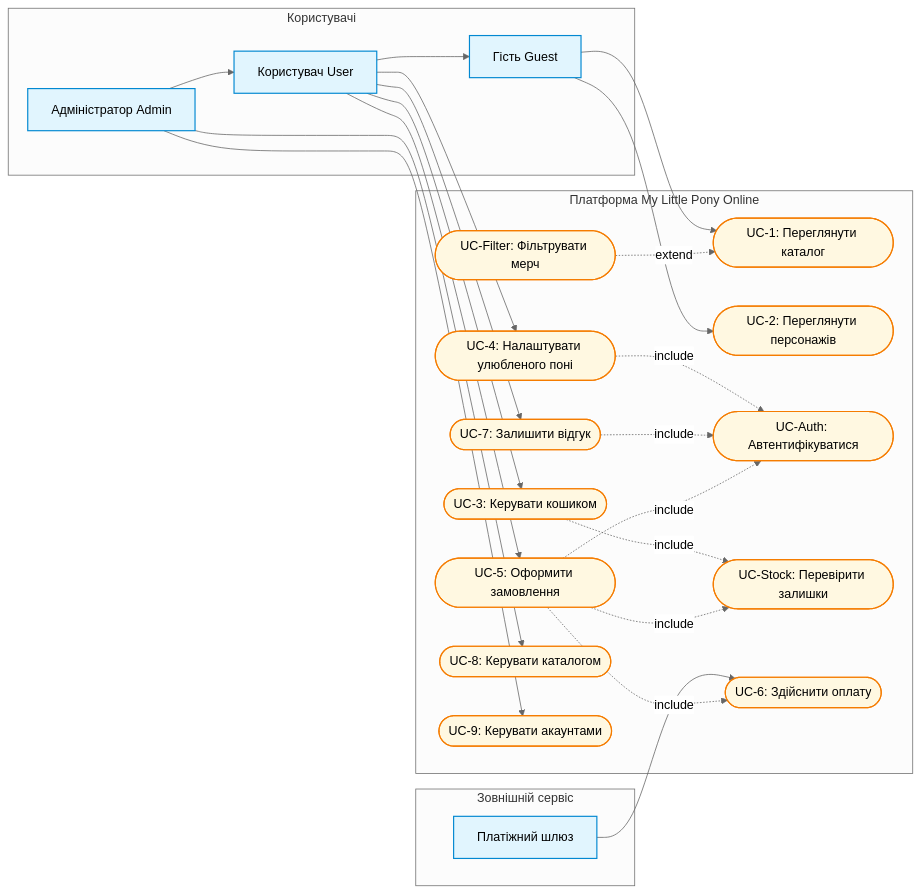
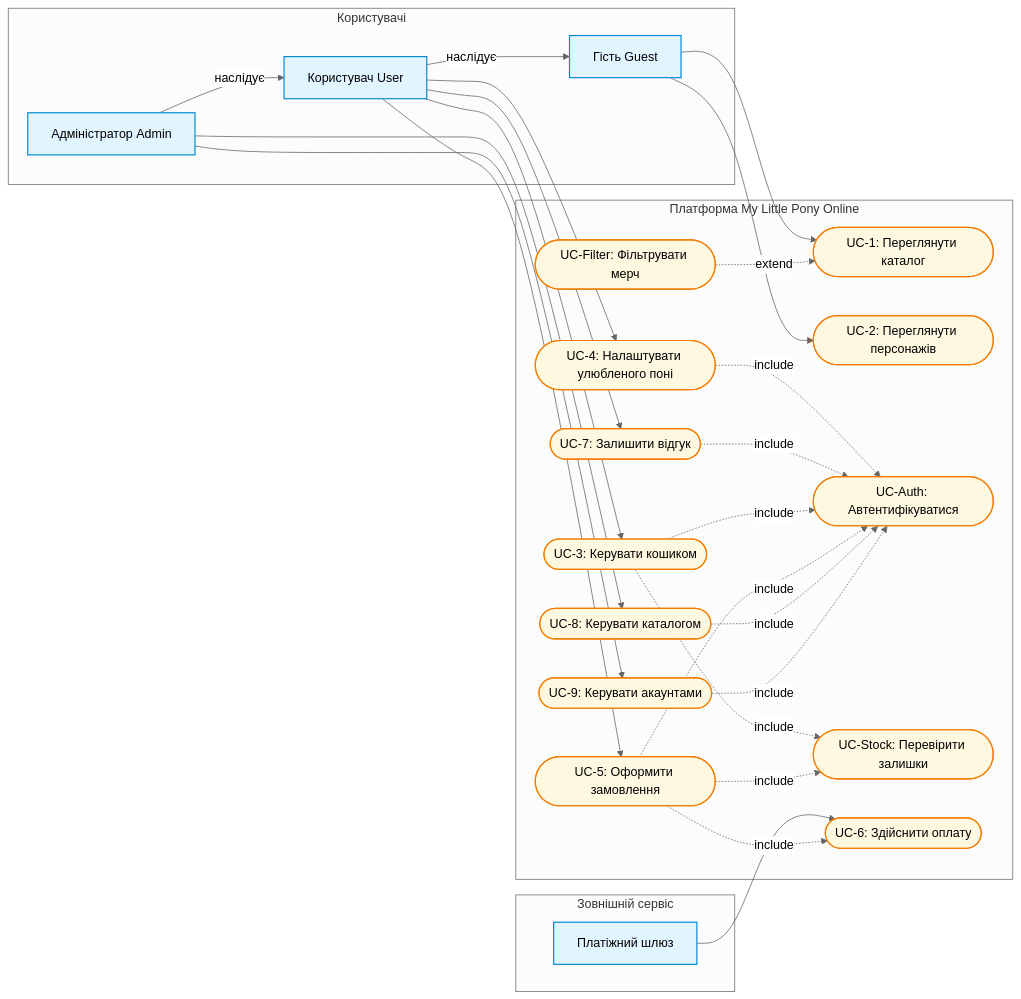
The diagram in lab2/README.md (XxMariavxX/Mavpz-labs), drawn with Mermaid (neutral theme) before and after one commit. The commit also changed 4 other files, not shown here.

````diff
--- a/lab2/README.md
+++ b/lab2/README.md
@@ -23,59 +23,55 @@
 ```mermaid
 flowchart LR
-    classDef actor fill:#e1f5fe,stroke:#0288d1,stroke-width:1.5px;
-    classDef usecase fill:#fff8e1,stroke:#f57c00,stroke-width:1.5px;
+	classDef actor fill:#e1f5fe,stroke:#0288d1,stroke-width:1.5px;
+	classDef usecase fill:#fff8e1,stroke:#f57c00,stroke-width:1.5px;
 
-    subgraph UsersGroup [Користувачі]
-        Guest[Гість Guest]:::actor
-        User[Користувач User]:::actor
-        Admin[Адміністратор Admin]:::actor
-    end
+	subgraph UsersGroup [Користувачі]
+		Guest[Гість Guest]:::actor
+		User[Користувач User]:::actor
+		Admin[Адміністратор Admin]:::actor
+	end
 
-    Admin --> User
-    User --> Guest
+	Admin -->|наслідує| User
+	User -->|наслідує| Guest
 
-    subgraph Platform [Платформа My Little Pony Online]
-        UC1([UC-1: Переглянути каталог]):::usecase
-        UC2([UC-2: Переглянути персонажів]):::usecase
-        UC_Filter([UC-Filter: Фільтрувати мерч]):::usecase
+	subgraph Platform [Платформа My Little Pony Online]
+		UC1([UC-1: Переглянути каталог]):::usecase
+		UC2([UC-2: Переглянути персонажів]):::usecase
+		UC_Filter([UC-Filter: Фільтрувати мерч]):::usecase
+		UC4([UC-4: Налаштувати улюбленого поні]):::usecase
+		UC7([UC-7: Залишити відгук]):::usecase
+		UC3([UC-3: Керувати кошиком]):::usecase
+		UC5([UC-5: Оформити замовлення]):::usecase
+		UC8([UC-8: Керувати каталогом]):::usecase
+		UC9([UC-9: Керувати акаунтами]):::usecase
+		UC_Auth([UC-Auth: Автентифікуватися]):::usecase
+		UC_Stock([UC-Stock: Перевірити залишки]):::usecase
+		UC6([UC-6: Здійснити оплату]):::usecase
+	end
 
-        UC4([UC-4: Налаштувати улюбленого поні]):::usecase
-        UC7([UC-7: Залишити відгук]):::usecase
-        UC3([UC-3: Керувати кошиком]):::usecase
-        UC5([UC-5: Оформити замовлення]):::usecase
+	subgraph External [Зовнішній сервіс]
+		PaymentGateway[Платіжний шлюз]:::actor
+	end
 
-        UC8([UC-8: Керувати каталогом]):::usecase
-        UC9([UC-9: Керувати акаунтами]):::usecase
+	Guest --> UC1
+	Guest --> UC2
+	User --> UC4
+	User --> UC7
+	User --> UC3
+	User --> UC5
+	Admin --> UC8
+	Admin --> UC9
+	PaymentGateway --> UC6
 
-        UC_Auth([UC-Auth: Автентифікуватися]):::usecase
-        UC_Stock([UC-Stock: Перевірити залишки]):::usecase
-        UC6([UC-6: Здійснити оплату]):::usecase
-    end
+	UC_Filter -.->|extend| UC1
 
-    subgraph External [Зовнішній сервіс]
-        PaymentGateway[Платіжний шлюз]:::actor
-    end
-
-    Guest --> UC1
-    Guest --> UC2
-
-    User --> UC4
-    User --> UC7
-    User --> UC3
-    User --> UC5
-
-    Admin --> UC8
-    Admin --> UC9
-
-    PaymentGateway --> UC6
-
-    UC_Filter -.->|extend| UC1
-
-    UC4 -.->|include| UC_Auth
-    UC7 -.->|include| UC_Auth
-    UC3 -.->|include| UC_Stock
-
-    UC5 -.->|include| UC_Auth
-    UC5 -.->|include| UC_Stock
-    UC5 -.->|include| UC6
+	UC4 -.->|include| UC_Auth
+	UC7 -.->|include| UC_Auth
+	UC3 -.->|include| UC_Auth
+	UC3 -.->|include| UC_Stock
+	UC5 -.->|include| UC_Auth
+	UC5 -.->|include| UC_Stock
+	UC5 -.->|include| UC6
+	UC8 -.->|include| UC_Auth
+	UC9 -.->|include| UC_Auth
 ```
````
